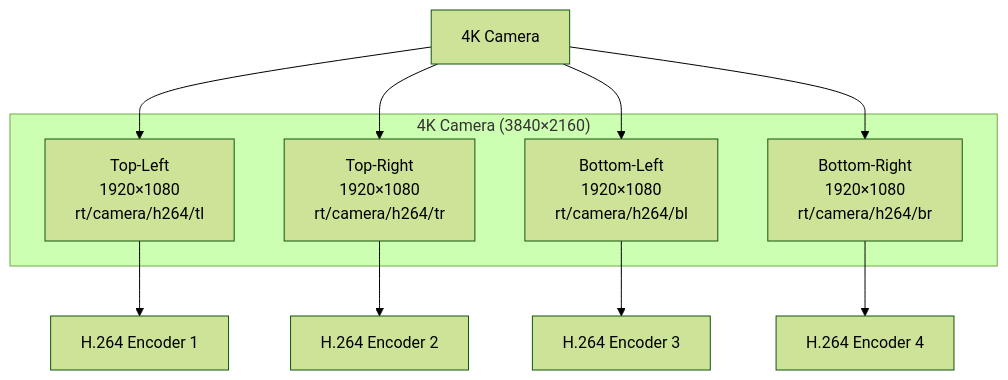
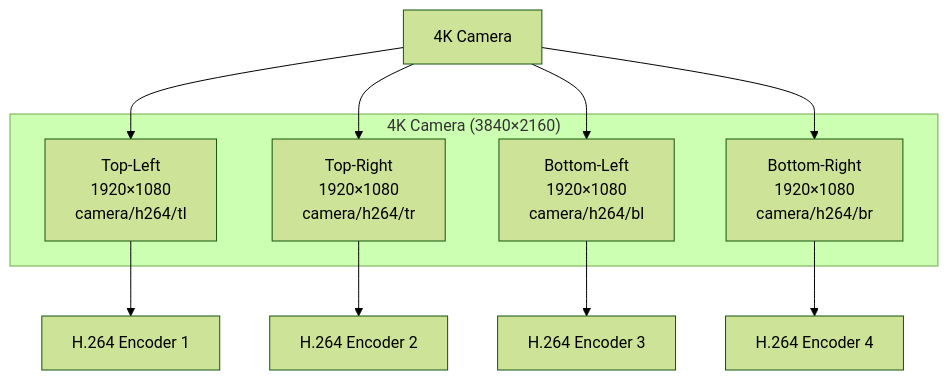
One commit to EdgeFirstAI/camera changed the second of 2 diagrams in README.md. Above: the diagram before and after it, drawn with Mermaid (forest theme). The commit also changed other lines of this file and 8 other files, not shown here.

````diff
--- a/README.md
+++ b/README.md
@@ -271,19 +271,19 @@
 ```mermaid
 graph TB
     subgraph "4K Camera (3840×2160)"
-        TL["Top-Left<br/>1920×1080<br/>rt/camera/h264/tl"]
-        TR["Top-Right<br/>1920×1080<br/>rt/camera/h264/tr"]
-        BL["Bottom-Left<br/>1920×1080<br/>rt/camera/h264/bl"]
-        BR["Bottom-Right<br/>1920×1080<br/>rt/camera/h264/br"]
+        TL["Top-Left<br/>1920×1080<br/>camera/h264/tl"]
+        TR["Top-Right<br/>1920×1080<br/>camera/h264/tr"]
+        BL["Bottom-Left<br/>1920×1080<br/>camera/h264/bl"]
+        BR["Bottom-Right<br/>1920×1080<br/>camera/h264/br"]
     end
     
     Camera["4K Camera"] --> TL
     Camera --> TR
     Camera --> BL
     Camera --> BR
     
     TL --> Encode1["H.264 Encoder 1"]
     TR --> Encode2["H.264 Encoder 2"]
     BL --> Encode3["H.264 Encoder 3"]
     BR --> Encode4["H.264 Encoder 4"]
 ```
````
